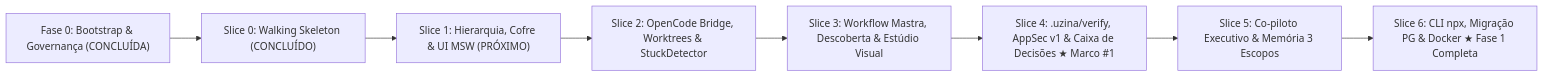
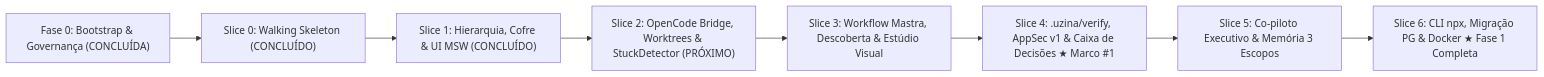
The diagram in docs/status/ROADMAP_STATUS.md (Matheus-Gama-deluna/uzina-studio), drawn with Mermaid before and after one commit. The commit also changed other lines of this file and 70 other files, not shown here.

Commit message:
feat(slice-01): implementa hierarquia multi-tenant, cofre AES-256-GCM, MSW e cockpit OKLCH

````diff
--- a/docs/status/ROADMAP_STATUS.md
+++ b/docs/status/ROADMAP_STATUS.md
@@ -9,10 +9,10 @@
 ```mermaid
 flowchart LR
     F0["Fase 0: Bootstrap & Governança (CONCLUÍDA)"] --> S0["Slice 0: Walking Skeleton (CONCLUÍDO)"]
-    S0 --> S1["Slice 1: Hierarquia, Cofre & UI MSW (PRÓXIMO)"]
-    S1 --> S2["Slice 2: OpenCode Bridge, Worktrees & StuckDetector"]
+    S0 --> S1["Slice 1: Hierarquia, Cofre & UI MSW (CONCLUÍDO)"]
+    S1 --> S2["Slice 2: OpenCode Bridge, Worktrees & StuckDetector (PRÓXIMO)"]
     S2 --> S3["Slice 3: Workflow Mastra, Descoberta & Estúdio Visual"]
     S3 --> S4["Slice 4: .uzina/verify, AppSec v1 & Caixa de Decisões ★ Marco #1"]
     S4 --> S5["Slice 5: Co-piloto Executivo & Memória 3 Escopos"]
     S5 --> S6["Slice 6: CLI npx, Migração PG & Docker ★ Fase 1 Completa"]
 ```
````
